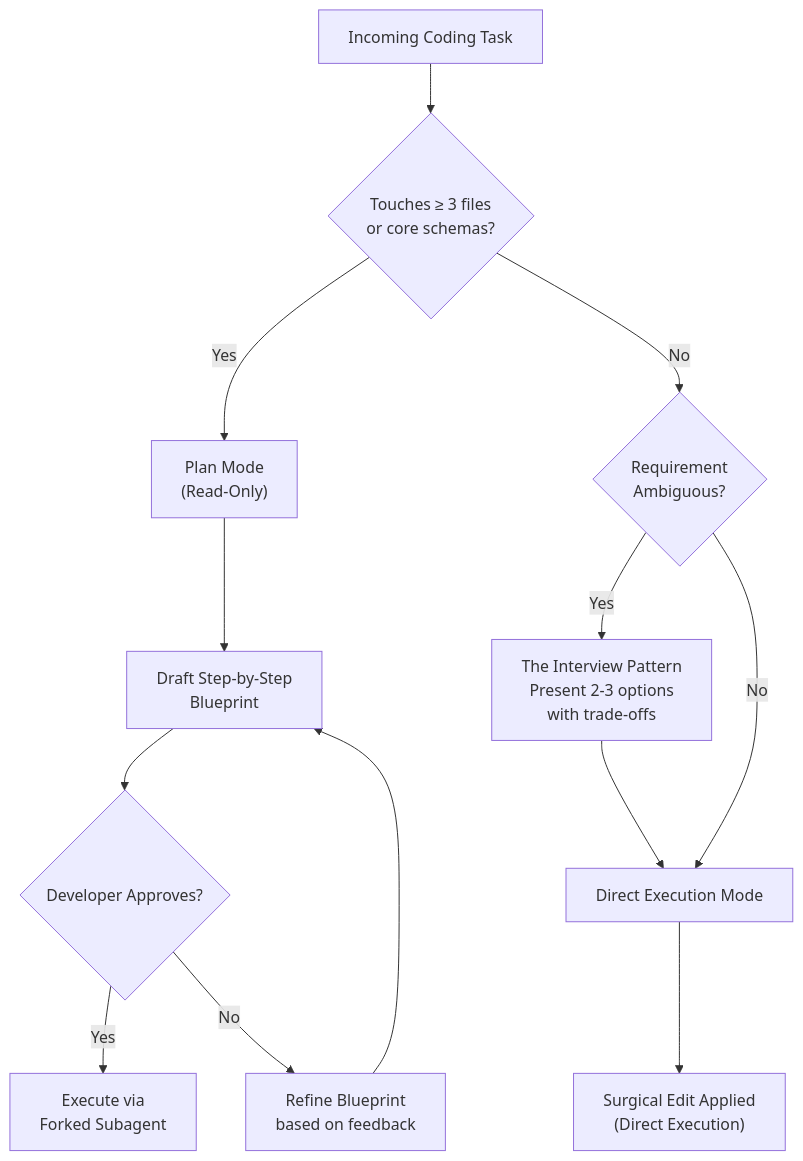
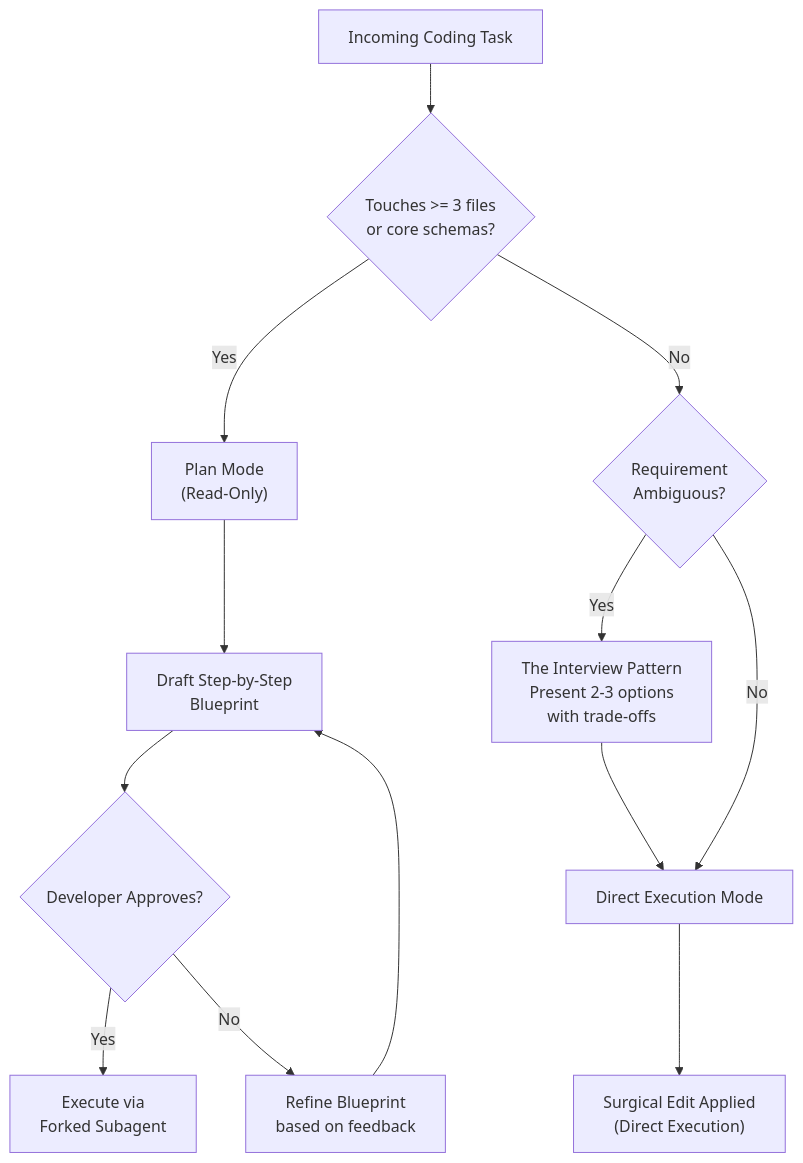
The first of 6 diagrams in scenarios/MASTER_SCENARIO_PRACTICE.md (dip4k/claude_cert_architect_foundation_prep), drawn with Mermaid before and after one commit. The commit also changed other lines of this file and 31 other files, not shown here.

Commit message:
docs: standardize October 2026 Mermaid syntax, align Domain 5 to official 15% weight, and enrich Prompt Caching architecture

````diff
--- a/scenarios/MASTER_SCENARIO_PRACTICE.md
+++ b/scenarios/MASTER_SCENARIO_PRACTICE.md
@@ -39,17 +39,17 @@
 ```mermaid
 flowchart TD
-    TaskStart["Incoming Coding Task"] --> ScopeCheck{"Touches &ge; 3 files<br>or core schemas?"}
+    TaskStart["Incoming Coding Task"] --> ScopeCheck{"Touches >= 3 files<br>or core schemas?"}
     
     ScopeCheck -- "Yes" --> PlanMode["Plan Mode<br>(Read-Only)"]
     PlanMode --> DraftBlueprint["Draft Step-by-Step<br>Blueprint"]
     DraftBlueprint --> UserApproval{"Developer Approves?"}
     UserApproval -- "Yes" --> ExecuteForked["Execute via<br>Forked Subagent"]
     UserApproval -- "No" --> RefineBlueprint["Refine Blueprint<br>based on feedback"]
     RefineBlueprint --> DraftBlueprint
     
     ScopeCheck -- "No" --> AmbiguityCheck{"Requirement<br>Ambiguous?"}
     AmbiguityCheck -- "Yes" --> InterviewPattern["The Interview Pattern<br>Present 2-3 options<br>with trade-offs"]
     InterviewPattern --> DirectMode["Direct Execution Mode"]
     AmbiguityCheck -- "No" --> DirectMode
     DirectMode --> SurgicalEdit["Surgical Edit Applied<br>(Direct Execution)"]
 ```
````
